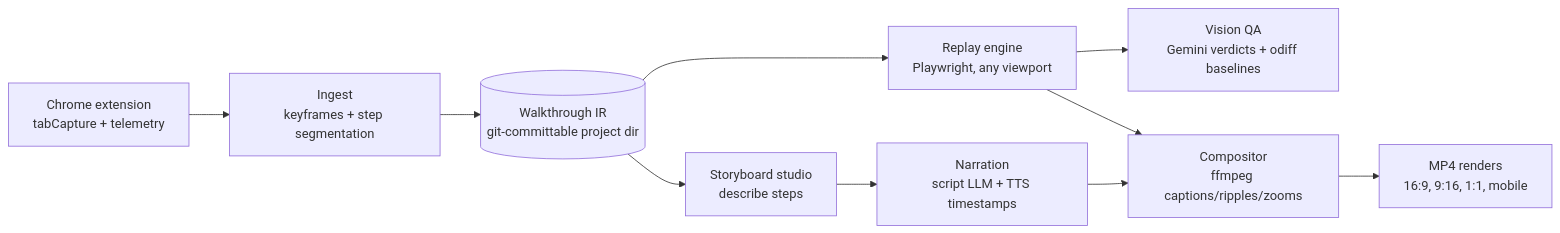
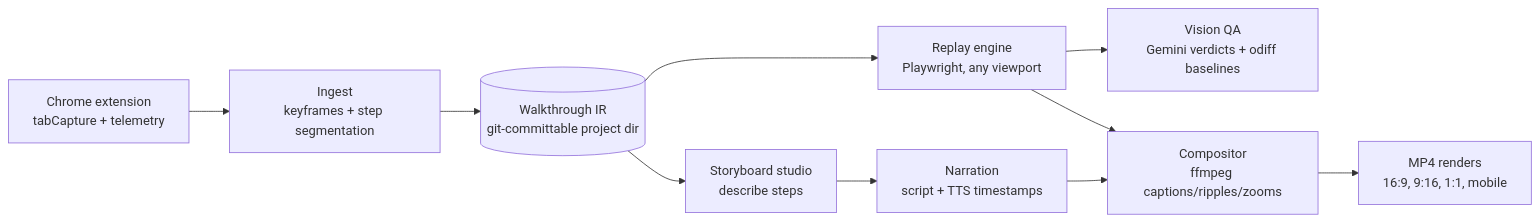
Before and after one commit to legioncodeinc/wagglereplay: the diagram in README.md, drawn with Mermaid. The commit also changed other lines of this file and 461 other files, not shown here.

````diff
--- a/README.md
+++ b/README.md
@@ -65,12 +76,12 @@
 ```mermaid
 flowchart LR
     EXT["Chrome extension<br/>tabCapture + telemetry"] --> ING["Ingest<br/>keyframes + step segmentation"]
     ING --> IR[("Walkthrough IR<br/>git-committable project dir")]
     IR --> STU["Storyboard studio<br/>describe steps"]
-    STU --> NAR["Narration<br/>script LLM + TTS timestamps"]
+    STU --> NAR["Narration<br/>script + TTS timestamps"]
     IR --> RPL["Replay engine<br/>Playwright, any viewport"]
     RPL --> QA["Vision QA<br/>Gemini verdicts + odiff baselines"]
     NAR --> CMP["Compositor<br/>ffmpeg captions/ripples/zooms"]
     RPL --> CMP
     CMP --> OUT["MP4 renders<br/>16:9, 9:16, 1:1, mobile"]
 ```
````
